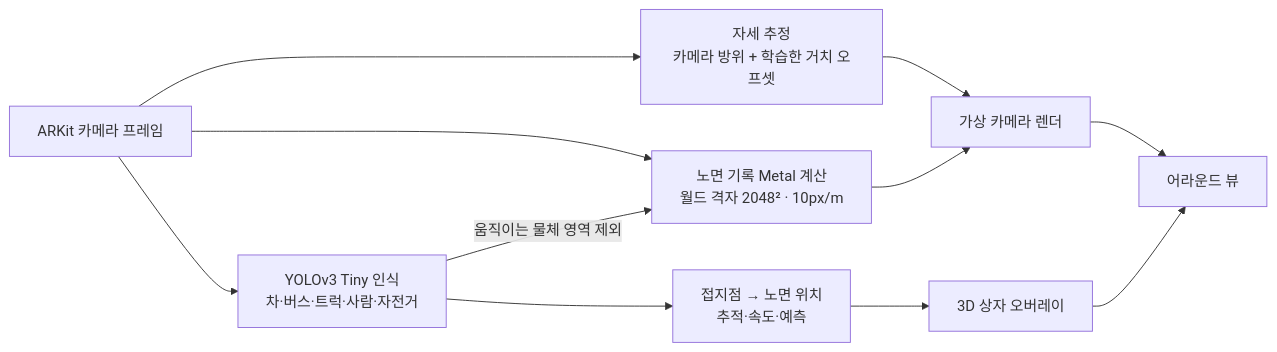
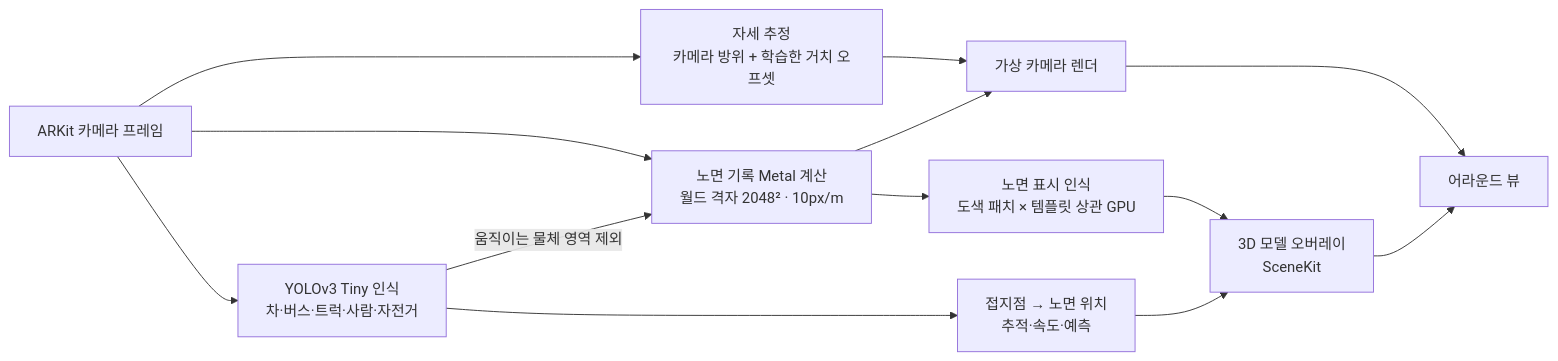
Before and after one commit to shin2012/phone-aroundview: the diagram in README.md, drawn with Mermaid. The commit also changed other lines of this file and 70 other files, not shown here.

````diff
--- a/README.md
+++ b/README.md
@@ -18,13 +18,15 @@
 ```mermaid
 flowchart LR
   A[ARKit 카메라 프레임] --> B[자세 추정<br/>카메라 방위 + 학습한 거치 오프셋]
   A --> C[노면 기록 Metal 계산<br/>월드 격자 2048² · 10px/m]
   A --> D[YOLOv3 Tiny 인식<br/>차·버스·트럭·사람·자전거]
   D -->|움직이는 물체 영역 제외| C
   D --> E[접지점 → 노면 위치<br/>추적·속도·예측]
   B --> F[가상 카메라 렌더]
   C --> F
-  E --> G[3D 상자 오버레이]
+  C --> M[노면 표시 인식<br/>도색 패치 × 템플릿 상관 GPU]
+  E --> G[3D 모델 오버레이<br/>SceneKit]
+  M --> G
   F --> H[어라운드 뷰]
   G --> H
 ```
````
